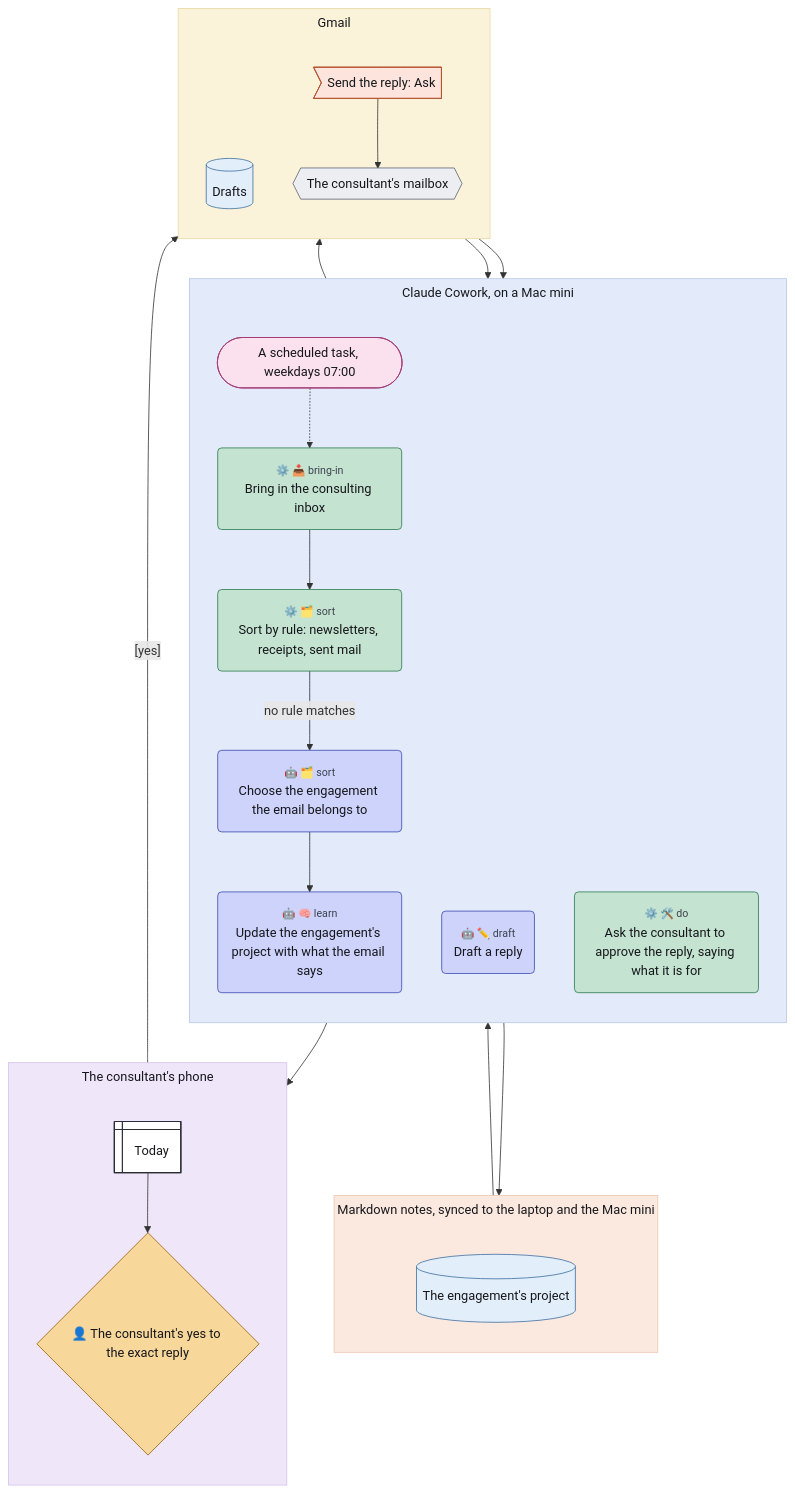
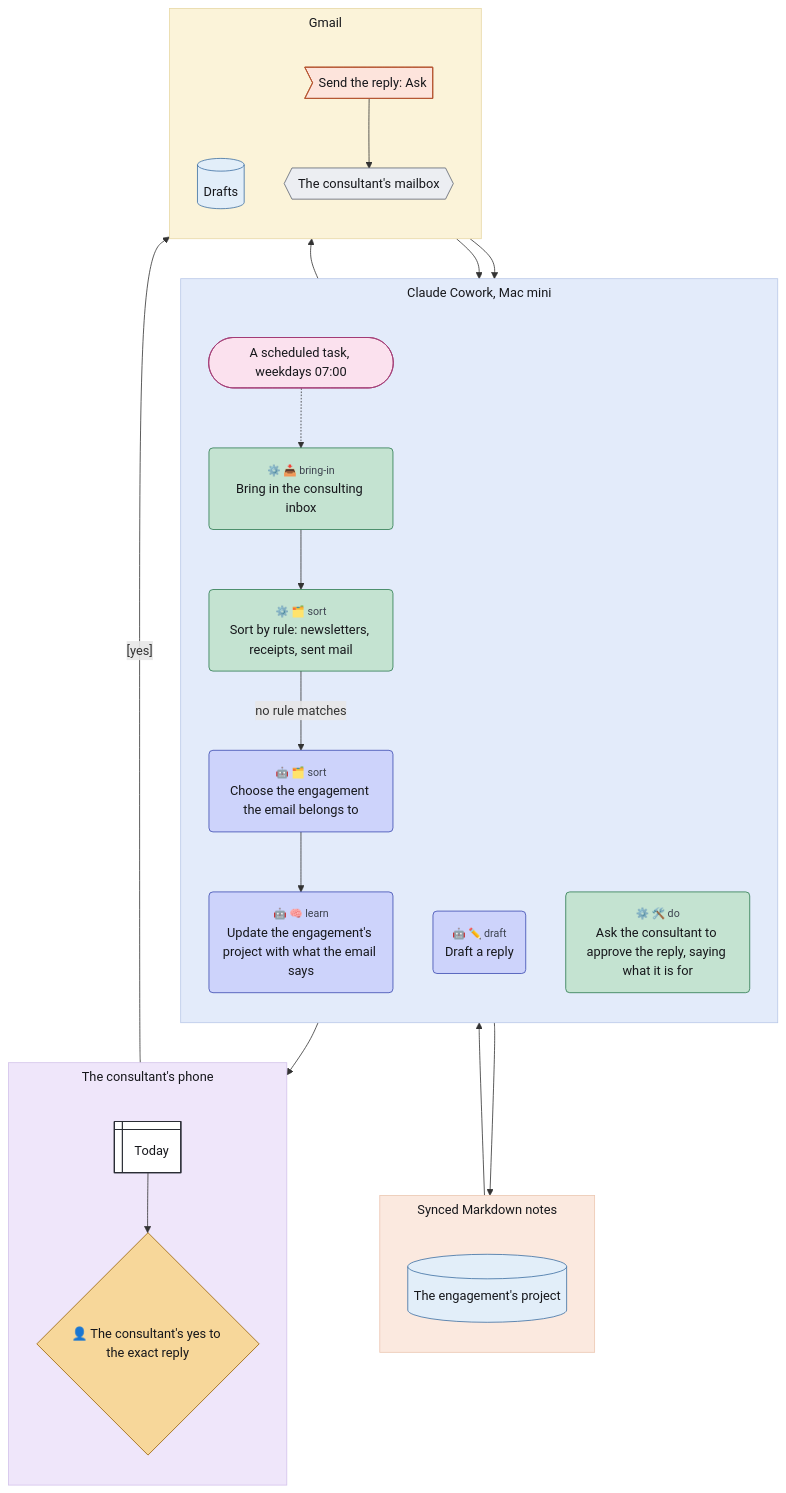
The diagram in examples/client-email-where.mmd (chrismdp/awml), drawn with Mermaid before and after one commit. The commit also changed 2 other files, not shown here.

```diff
--- a/examples/client-email-where.mmd
+++ b/examples/client-email-where.mmd
@@ -1,71 +1,71 @@
 ---
 config:
   theme: default
   flowchart:
     useMaxWidth: false
     subGraphTitleMargin:
       top: 6
       bottom: 30
 ---
 flowchart TB
-  subgraph cowork["Claude Cowork, on a Mac mini"]
+  subgraph cowork["Claude Cowork, Mac mini"]
     direction TB
     weekdays(["A scheduled task, weekdays 07:00"])
     bring("<small style='color:#3d434f'>⚙️ 📥 bring-in</small><br>Bring in the consulting inbox")
     rules("<small style='color:#3d434f'>⚙️ 🗂️ sort</small><br>Sort by rule: newsletters, receipts, sent mail")
     choose("<small style='color:#3d434f'>🤖 🗂️ sort</small><br>Choose the engagement the email belongs to")
     learn("<small style='color:#3d434f'>🤖 🧠 learn</small><br>Update the engagement's project with what the email says")
     draft("<small style='color:#3d434f'>🤖 ✏️ draft</small><br>Draft a reply")
     ask("<small style='color:#3d434f'>⚙️ 🛠️ do</small><br>Ask the consultant to approve the reply, saying what it is for")
   end
-  subgraph files["Markdown notes, synced to the laptop and the Mac mini"]
+  subgraph files["Synced Markdown notes"]
     direction TB
     project[("The engagement's project")]
   end
   subgraph phone["The consultant's phone"]
     direction TB
     today@{ shape: win-pane, label: "Today" }
     approve{"👤 The consultant's yes to the exact reply"}
   end
   subgraph gmail["Gmail"]
     direction TB
     drafts[("Drafts")]
     mailbox{{"The consultant's mailbox"}}
     send>"Send the reply: Ask"]
   end
 
   weekdays -.-> bring
   mailbox --> bring
   bring --> rules
   rules -->|"no rule matches"| choose
   choose --> learn
   learn --> project
   project --> draft
   draft --> drafts
   drafts --> ask
   ask --> today
   today --> approve
   approve -->|"[yes]"| send
   send --> mailbox
   classDef trig fill:#fbe1ee,stroke:#a33a74,color:#16171b
   classDef ctx fill:#e2eef9,stroke:#3d6fa3,color:#16171b
   classDef con fill:#eceef2,stroke:#5d6472,color:#16171b
   classDef surf fill:#ffffff,stroke:#2a2d35,stroke-width:1.5px,color:#16171b
   classDef out fill:#fde4dc,stroke:#b5532f,color:#16171b
   classDef ai fill:#cdd3fb,stroke:#3b4bb0,color:#16171b
   classDef rule fill:#c4e3d1,stroke:#2b7a4f,color:#16171b
   classDef human fill:#f7d79a,stroke:#9a6100,color:#16171b
   classDef uml fill:#16171b,stroke:#16171b,color:#16171b
   classDef gap fill:#ffffff,stroke:#8a93a3,stroke-dasharray:4 3,color:#6b7280
   class weekdays trig
   class project,drafts ctx
   class mailbox con
   class today surf
   class send out
   class choose,learn,draft ai
   class bring,rules,ask rule
   class approve human
   style cowork fill:#e3ebfa,stroke:#b9c8e8,color:#16171b
   style files fill:#fbe9df,stroke:#ecc7b2,color:#16171b
   style phone fill:#efe6fa,stroke:#d3c2ea,color:#16171b
   style gmail fill:#fbf3d9,stroke:#e8d9a6,color:#16171b
```
